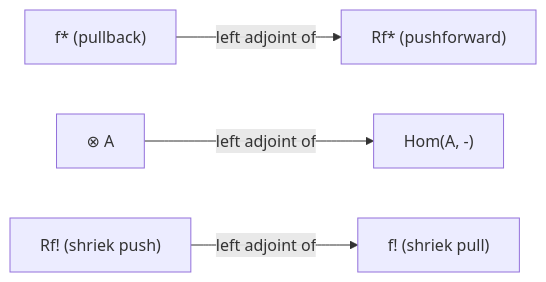
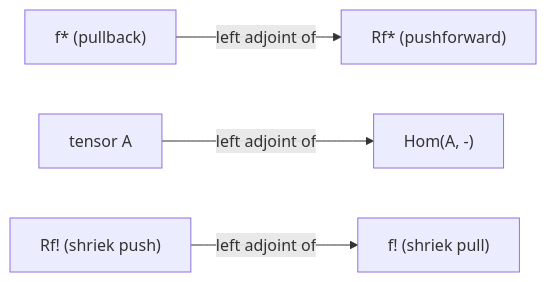
The diagram in concepts/category-theory/six-functor-formalisms.md (calwoo/research-notes), drawn with Mermaid before and after one commit. The commit also changed other lines of this file, not shown here.

````diff
--- a/concepts/category-theory/six-functor-formalisms.md
+++ b/concepts/category-theory/six-functor-formalisms.md
@@ -397,6 +498,6 @@
 ```mermaid
 graph LR
     A["f* (pullback)"] -->|"left adjoint of"| B["Rf* (pushforward)"]
-    C["⊗ A"] -->|"left adjoint of"| D["Hom(A, -)"]
+    C["tensor A"] -->|"left adjoint of"| D["Hom(A, -)"]
     E["Rf! (shriek push)"] -->|"left adjoint of"| F["f! (shriek pull)"]
 ```
````
